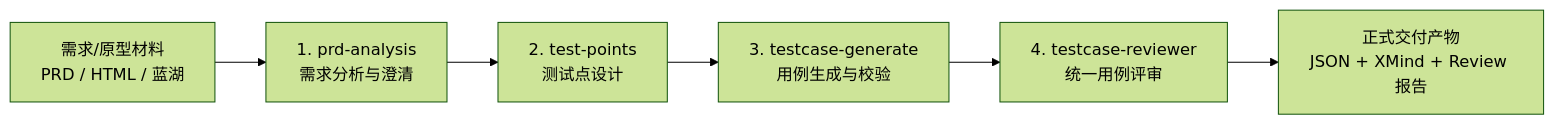
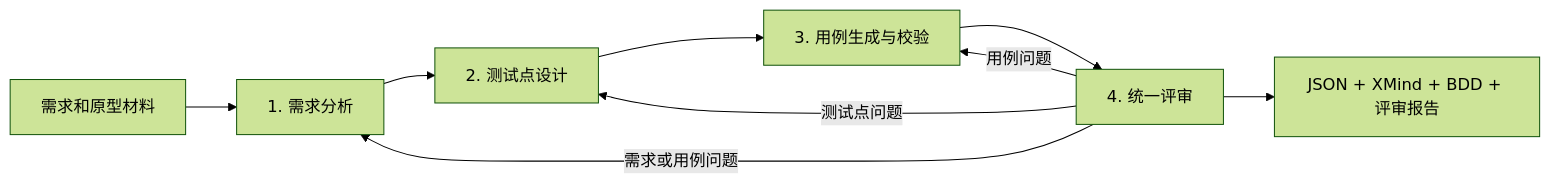
The diagram in README.md (sx-mogule/TestSpec), drawn with Mermaid (forest theme) before and after one commit. The commit also changed other lines of this file and 25 other files, not shown here.

Commit message:
TEST-0009: feat(sop): 强化测试方法论规范、别名归一化与伴生 BDD 评审契约

````diff
--- a/README.md
+++ b/README.md
@@ -11,8 +19,11 @@
 ```mermaid
 flowchart LR
-    A[需求/原型材料<br/>PRD / HTML / 蓝湖] --> B[1. prd-analysis<br/>需求分析与澄清]
-    B --> C[2. test-points<br/>测试点设计]
-    C --> D[3. testcase-generate<br/>用例生成与校验]
-    D --> E[4. testcase-reviewer<br/>统一用例评审]
-    E --> F[正式交付产物<br/>JSON + XMind + Review 报告]
+    A[需求和原型材料] --> B[1. 需求分析]
+    B --> C[2. 测试点设计]
+    C --> D[3. 用例生成与校验]
+    D --> E[4. 统一评审]
+    E --> F[JSON + XMind + BDD + 评审报告]
+    E -- 需求或用例问题 --> B
+    E -- 测试点问题 --> C
+    E -- 用例问题 --> D
 ```
````
